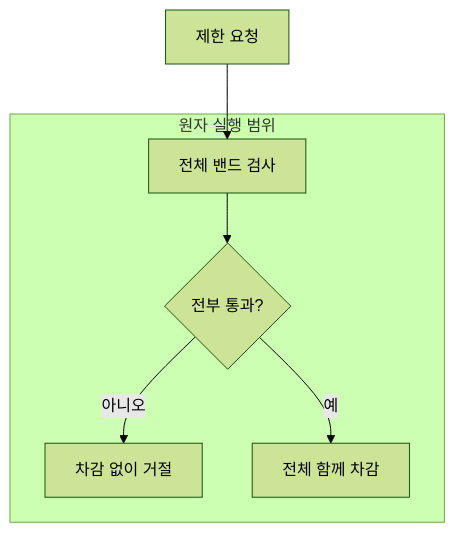
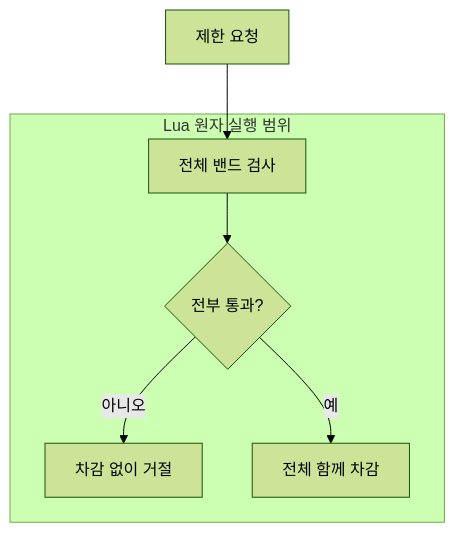
One commit to rojae/rojae.github.io changed the diagram in _posts/2026-10-17-fluxgate-lua-atomicity-and-failure-boundaries.md. Above: the diagram before and after it, drawn with Mermaid (forest theme). The commit also changed other lines of this file and 1 other file, not shown here.

````diff
--- a/_posts/2026-10-17-fluxgate-lua-atomicity-and-failure-boundaries.md
+++ b/_posts/2026-10-17-fluxgate-lua-atomicity-and-failure-boundaries.md
@@ -62,13 +106,9 @@
 ```mermaid
 flowchart TB
     A[제한 요청] --> B[전체 밴드 검사]
-    B --> C{전부 통과?}
-    C -->|아니오| D[차감 없이 거절]
-    C -->|예| E[전체 함께 차감]
-    subgraph 원자 실행 범위
-      B
-      C
-      D
-      E
+    subgraph atomic[Lua 원자 실행 범위]
+      B --> C{전부 통과?}
+      C -->|아니오| D[차감 없이 거절]
+      C -->|예| E[전체 함께 차감]
     end
 ```
````
